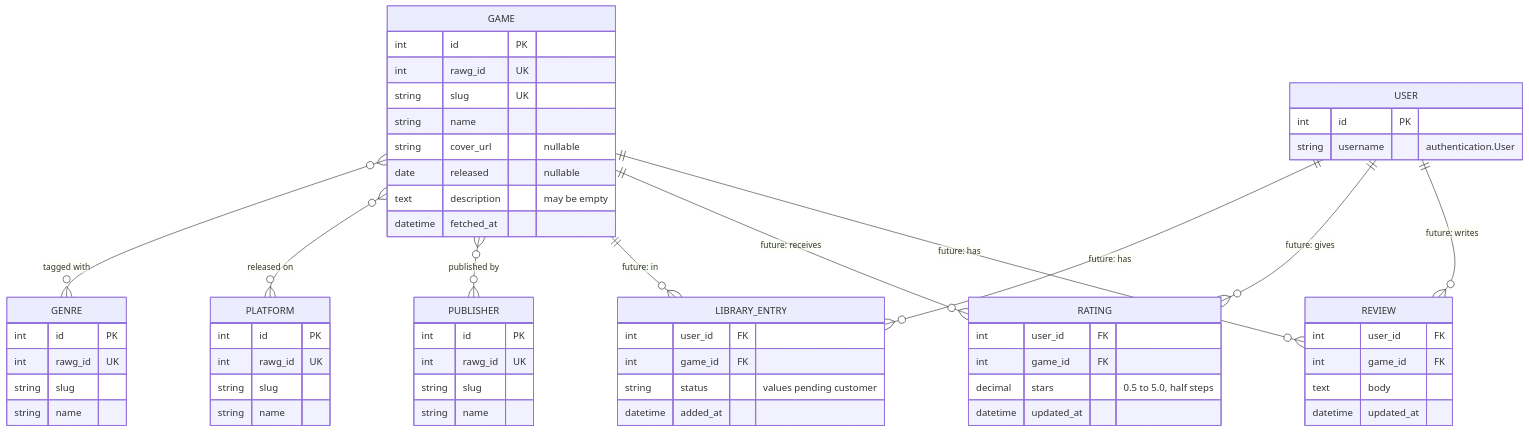
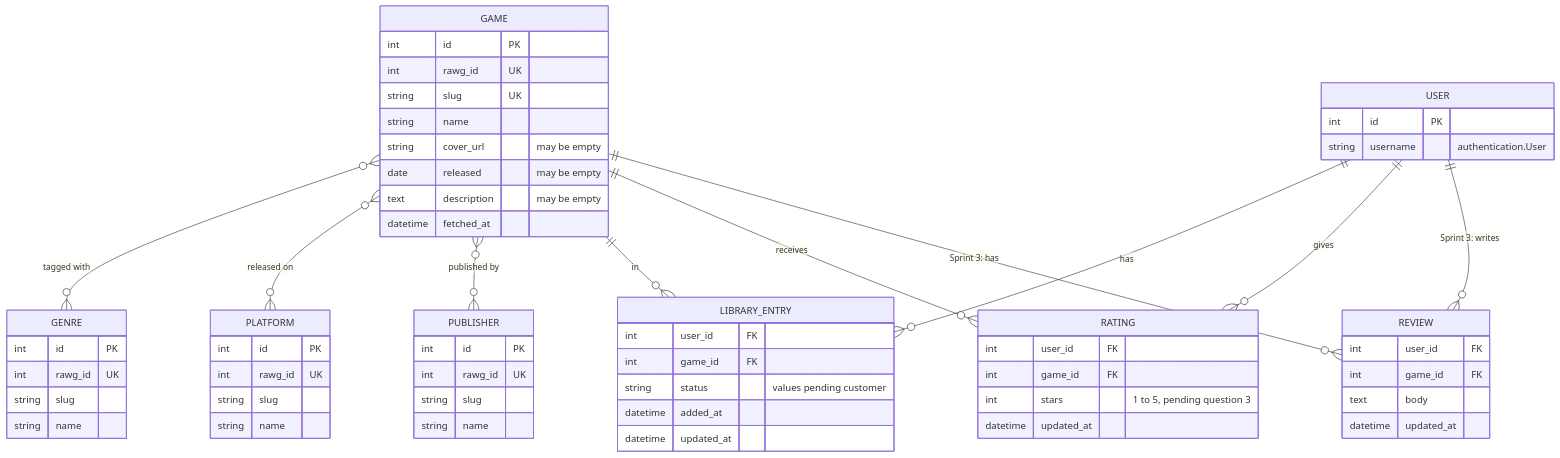
The second of 4 diagrams in docs/design/game-catalog.md (CS4300-CS5300-FA26/team-5), drawn with Mermaid before and after one commit. The commit also changed other lines of this file and 1 other file, not shown here.

First line of the commit message:
Refocus the game catalog design on Sprint 2

````diff
--- a/docs/design/game-catalog.md
+++ b/docs/design/game-catalog.md
@@ -67,62 +95,63 @@
 ```mermaid
 erDiagram
   GAME }o--o{ GENRE : "tagged with"
   GAME }o--o{ PLATFORM : "released on"
   GAME }o--o{ PUBLISHER : "published by"
-  USER ||--o{ LIBRARY_ENTRY : "future: has"
-  GAME ||--o{ LIBRARY_ENTRY : "future: in"
-  USER ||--o{ RATING : "future: gives"
-  GAME ||--o{ RATING : "future: receives"
-  USER ||--o{ REVIEW : "future: writes"
-  GAME ||--o{ REVIEW : "future: has"
+  USER ||--o{ LIBRARY_ENTRY : has
+  GAME ||--o{ LIBRARY_ENTRY : in
+  USER ||--o{ RATING : gives
+  GAME ||--o{ RATING : receives
+  USER ||--o{ REVIEW : "Sprint 3: writes"
+  GAME ||--o{ REVIEW : "Sprint 3: has"
   GAME {
     int id PK
     int rawg_id UK
     string slug UK
     string name
-    string cover_url "nullable"
-    date released "nullable"
+    string cover_url "may be empty"
+    date released "may be empty"
     text description "may be empty"
     datetime fetched_at
   }
   GENRE {
     int id PK
     int rawg_id UK
     string slug
     string name
   }
   PLATFORM {
     int id PK
     int rawg_id UK
     string slug
     string name
   }
   PUBLISHER {
     int id PK
     int rawg_id UK
     string slug
     string name
   }
   USER {
     int id PK
     string username "authentication.User"
   }
   LIBRARY_ENTRY {
     int user_id FK
     int game_id FK
     string status "values pending customer"
     datetime added_at
+    datetime updated_at
   }
   RATING {
     int user_id FK
     int game_id FK
-    decimal stars "0.5 to 5.0, half steps"
+    int stars "1 to 5, pending question 3"
     datetime updated_at
   }
   REVIEW {
     int user_id FK
     int game_id FK
     text body
     datetime updated_at
   }
 ```
````
